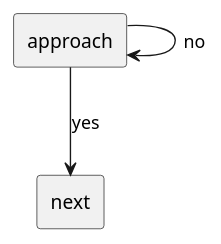
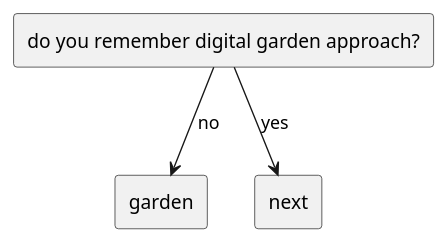
The third of 4 diagrams in public/Processes/The Process.md (oneacik/mindoo), drawn with PlantUML before and after one commit. The commit also changed other lines of this file and 11 other files, not shown here.

````diff
--- a/public/Processes/The Process.md
+++ b/public/Processes/The Process.md
@@ -37,8 +37,8 @@
 ```plantuml
 rectangle "do you remember digital garden approach?" as approach
-rectangle approach [[/meta-garden]]
+rectangle garden [[/meta-garden]]
 rectangle next [[#findProcess]]
 
-approach --> approach : no
+approach --> garden : no
 approach --> next : yes 
 ```
````
